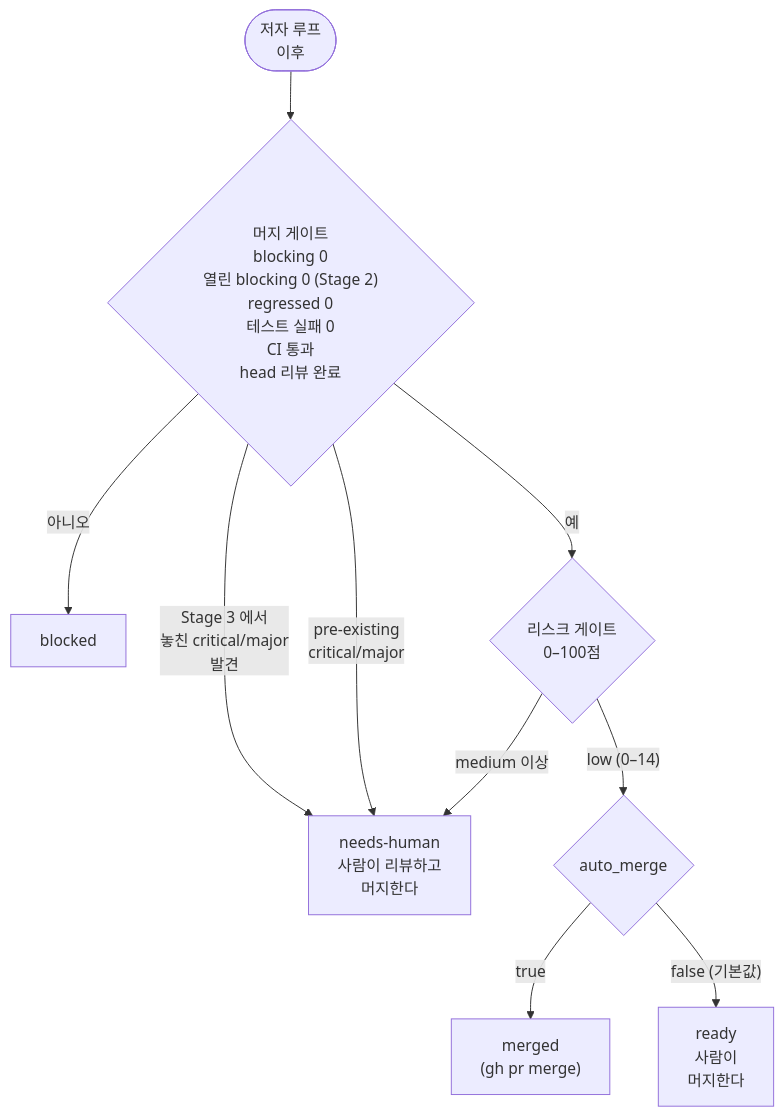
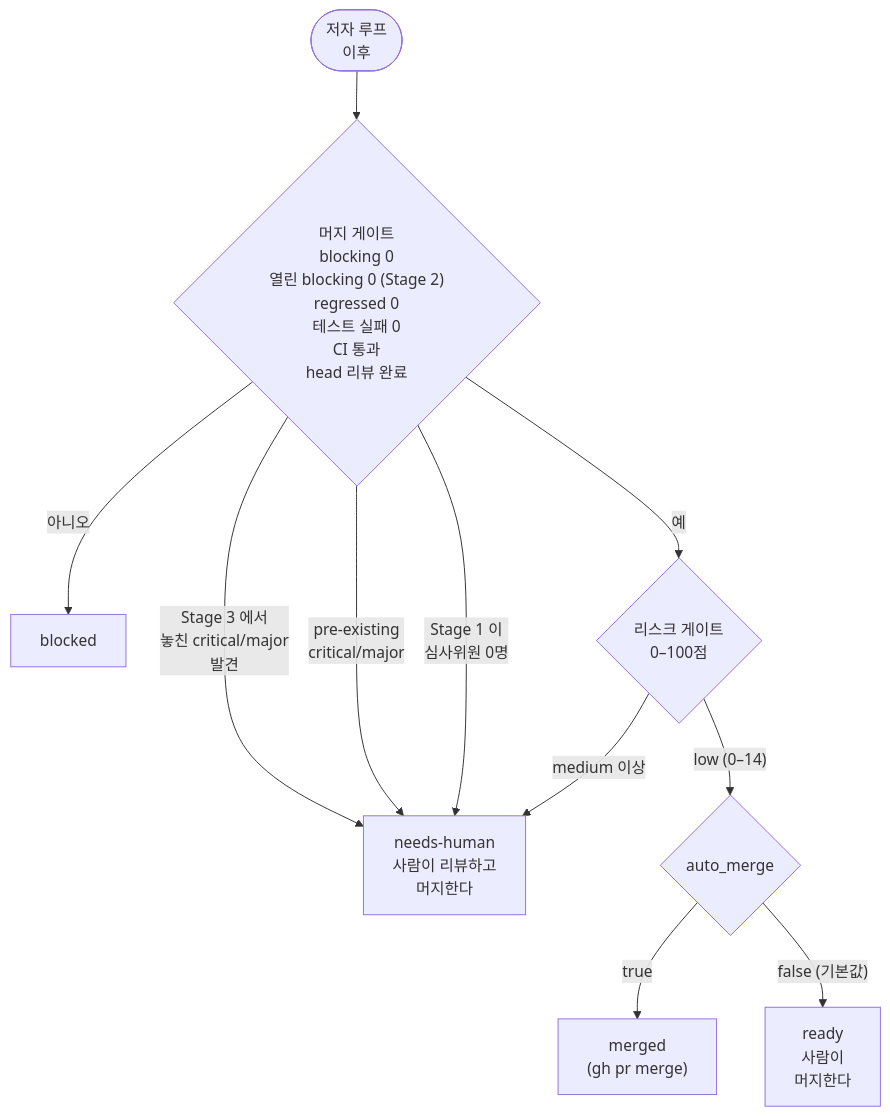
One commit to thswlsqls/pr-quorum changed the fourth of 5 diagrams in README.ko.md. Above: the diagram before and after it, drawn with Mermaid. The commit also changed other lines of this file and 1 other file, not shown here.

````diff
--- a/README.ko.md
+++ b/README.ko.md
@@ -111,12 +111,13 @@
 ```mermaid
 flowchart TD
   G(["저자 루프<br/>이후"]) --> MG{"머지 게이트<br/>blocking 0<br/>열린 blocking 0 (Stage 2)<br/>regressed 0<br/>테스트 실패 0<br/>CI 통과<br/>head 리뷰 완료"}
   MG -- "아니오" --> B[blocked]
   MG -- "Stage 3 에서<br/>놓친 critical/major<br/>발견" --> H
   MG -- "pre-existing<br/>critical/major" --> H
+  MG -- "Stage 1 이<br/>심사위원 0명" --> H
   MG -- "예" --> RG{"리스크 게이트<br/>0–100점"}
   RG -- "low (0–14)" --> A{"auto_merge"}
   A -- true --> M["merged<br/>(gh pr merge)"]
   A -- "false (기본값)" --> R["ready<br/>사람이<br/>머지한다"]
   RG -- "medium 이상" --> H["needs-human<br/>사람이 리뷰하고<br/>머지한다"]
 ```
````
